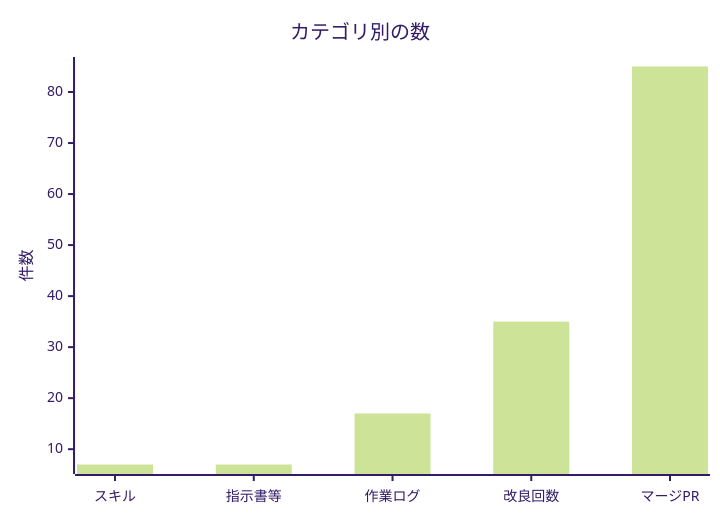
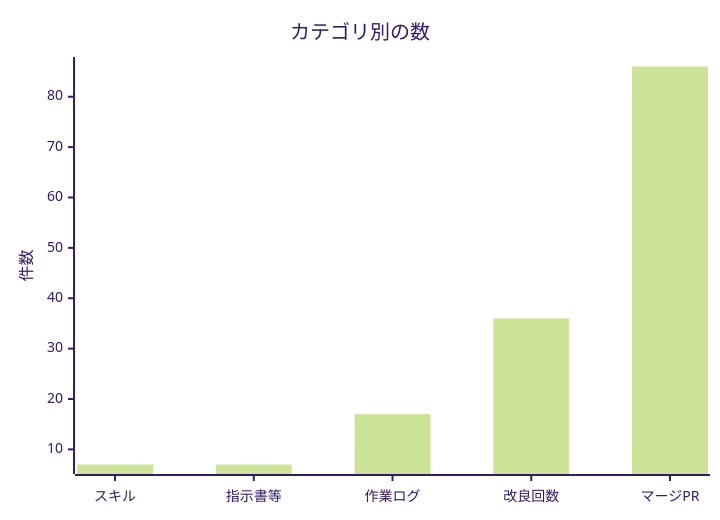
One commit to non-x2/non-x2 changed the second of 2 diagrams in docs/進化レポート.md. Above: the diagram before and after it, drawn with Mermaid (forest theme). The commit also changed other lines of this file and 1 other file, not shown here.

````diff
--- a/docs/進化レポート.md
+++ b/docs/進化レポート.md
@@ -33,7 +33,7 @@
 ```mermaid
 xychart-beta
     title "カテゴリ別の数"
     x-axis ["スキル", "指示書等", "作業ログ", "改良回数", "マージPR"]
     y-axis "件数"
-    bar [7, 7, 17, 35, 85]
+    bar [7, 7, 17, 36, 86]
 ```
````
